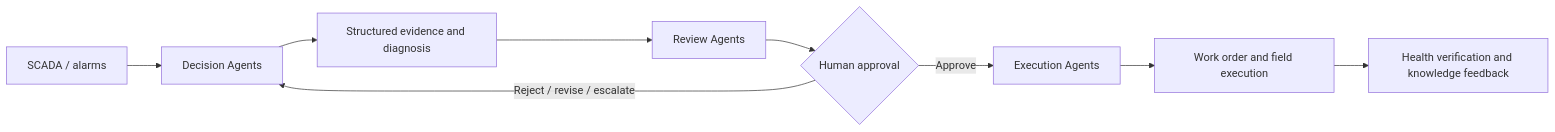
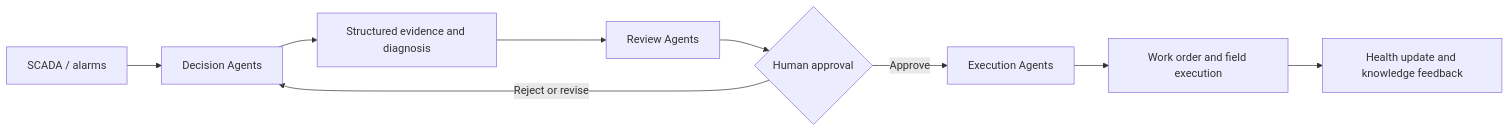
Before and after one commit to DAT4RIAN/OpenVigil: the second of 2 diagrams in README.md, drawn with Mermaid. The commit also changed other lines of this file and 73 other files, not shown here.

````diff
--- a/README.md
+++ b/README.md
@@ -549,11 +108,11 @@
 ```mermaid
 flowchart LR
   signals["SCADA / alarms"] --> decision["Decision Agents"]
   decision --> evidence["Structured evidence and diagnosis"]
   evidence --> review["Review Agents"]
   review --> human{"Human approval"}
   human -->|Approve| execution["Execution Agents"]
-  human -->|Reject / revise / escalate| decision
+  human -->|Reject or revise| decision
   execution --> workorder["Work order and field execution"]
-  workorder --> feedback["Health verification and knowledge feedback"]
+  workorder --> feedback["Health update and knowledge feedback"]
 ```
````
